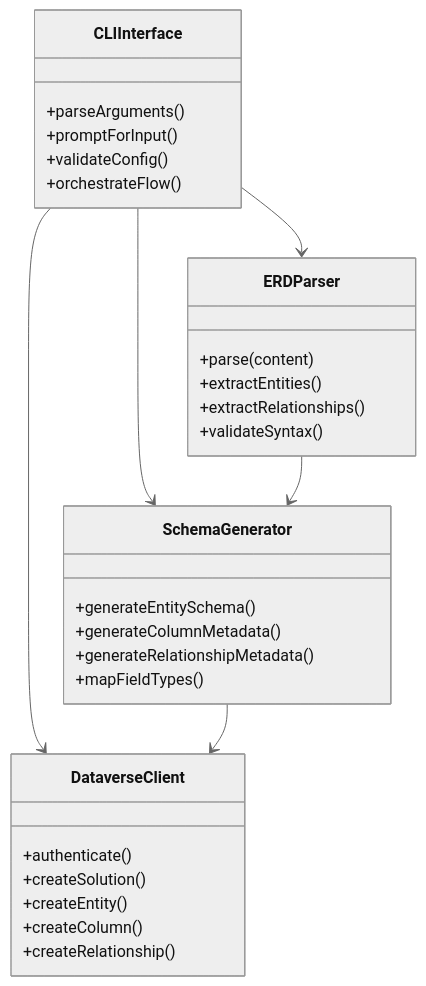
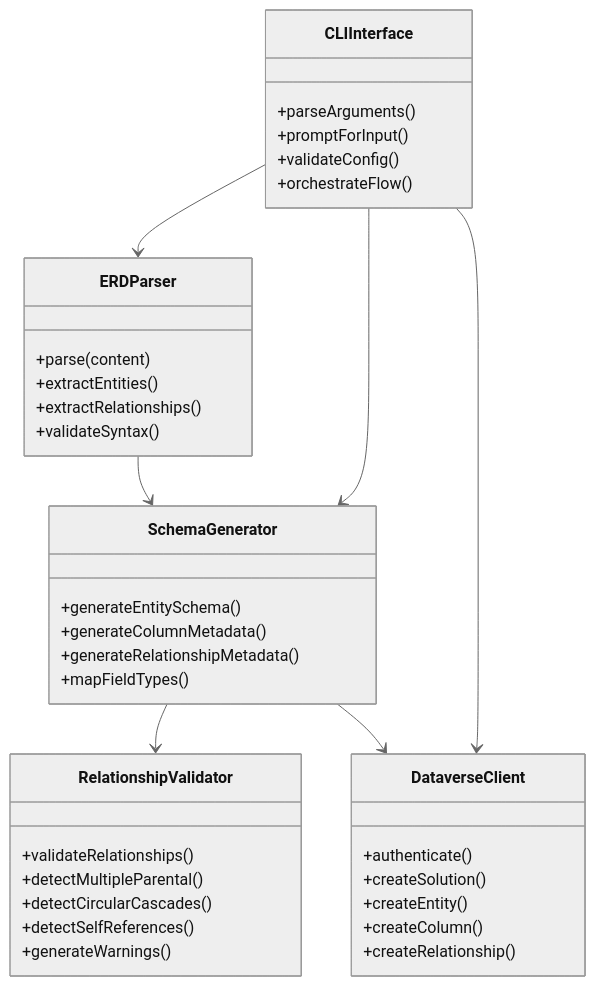
Before and after one commit to LuiseFreese/mermaid: the third of 3 diagrams in docs/ARCHITECTURE.md, drawn with Mermaid (neutral theme). The commit also changed other lines of this file and 12 other files, not shown here.

````diff
--- a/docs/ARCHITECTURE.md
+++ b/docs/ARCHITECTURE.md
@@ -64,37 +73,46 @@
 ```mermaid
 classDiagram
     class CLIInterface {
         +parseArguments()
         +promptForInput()
         +validateConfig()
         +orchestrateFlow()
     }
     
     class ERDParser {
         +parse(content)
         +extractEntities()
         +extractRelationships()
         +validateSyntax()
     }
     
     class SchemaGenerator {
         +generateEntitySchema()
         +generateColumnMetadata()
         +generateRelationshipMetadata()
         +mapFieldTypes()
     }
     
+    class RelationshipValidator {
+        +validateRelationships()
+        +detectMultipleParental()
+        +detectCircularCascades()
+        +detectSelfReferences()
+        +generateWarnings()
+    }
+    
     class DataverseClient {
         +authenticate()
         +createSolution()
         +createEntity()
         +createColumn()
         +createRelationship()
     }
     
     CLIInterface --> ERDParser
     CLIInterface --> SchemaGenerator
     CLIInterface --> DataverseClient
     ERDParser --> SchemaGenerator
+    SchemaGenerator --> RelationshipValidator
     SchemaGenerator --> DataverseClient
 ```
````
